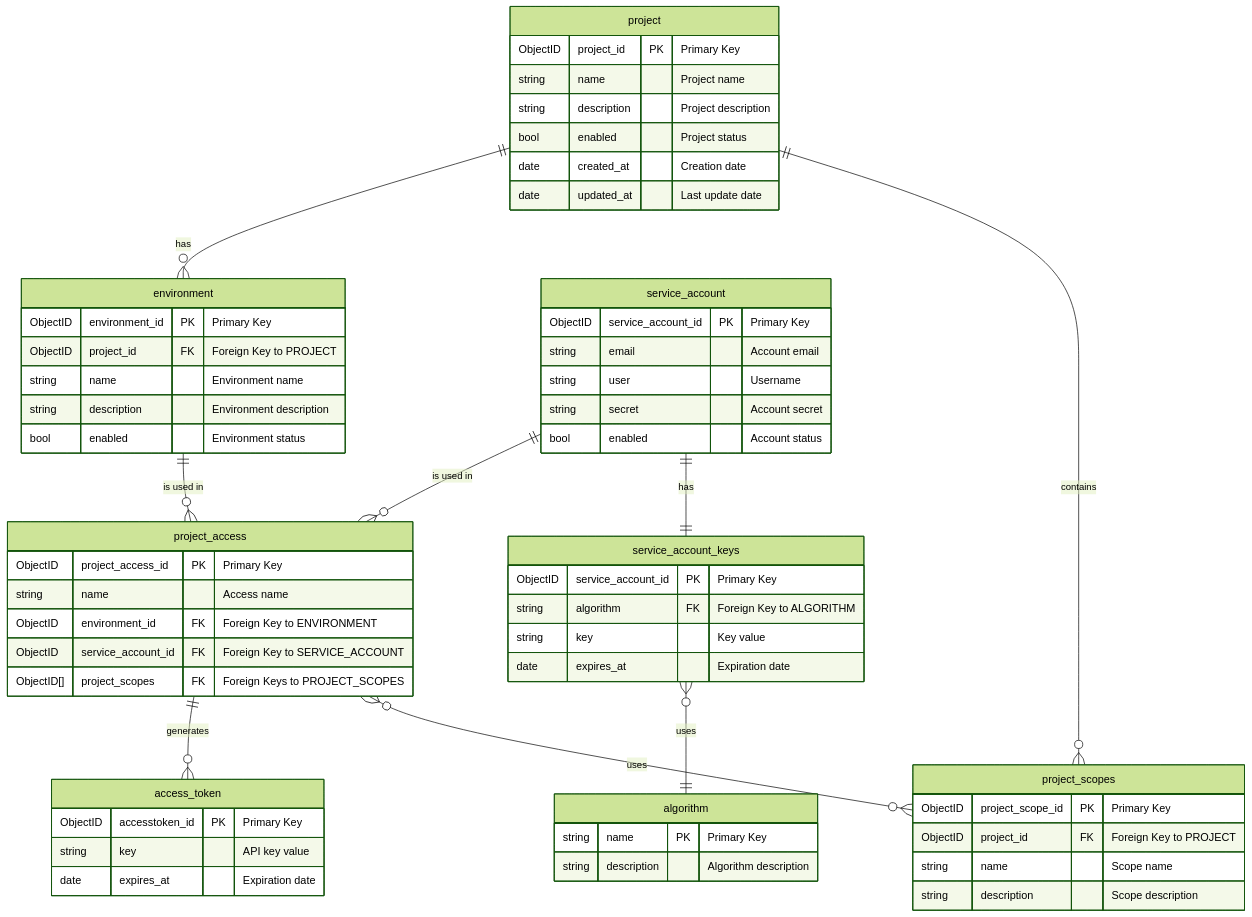
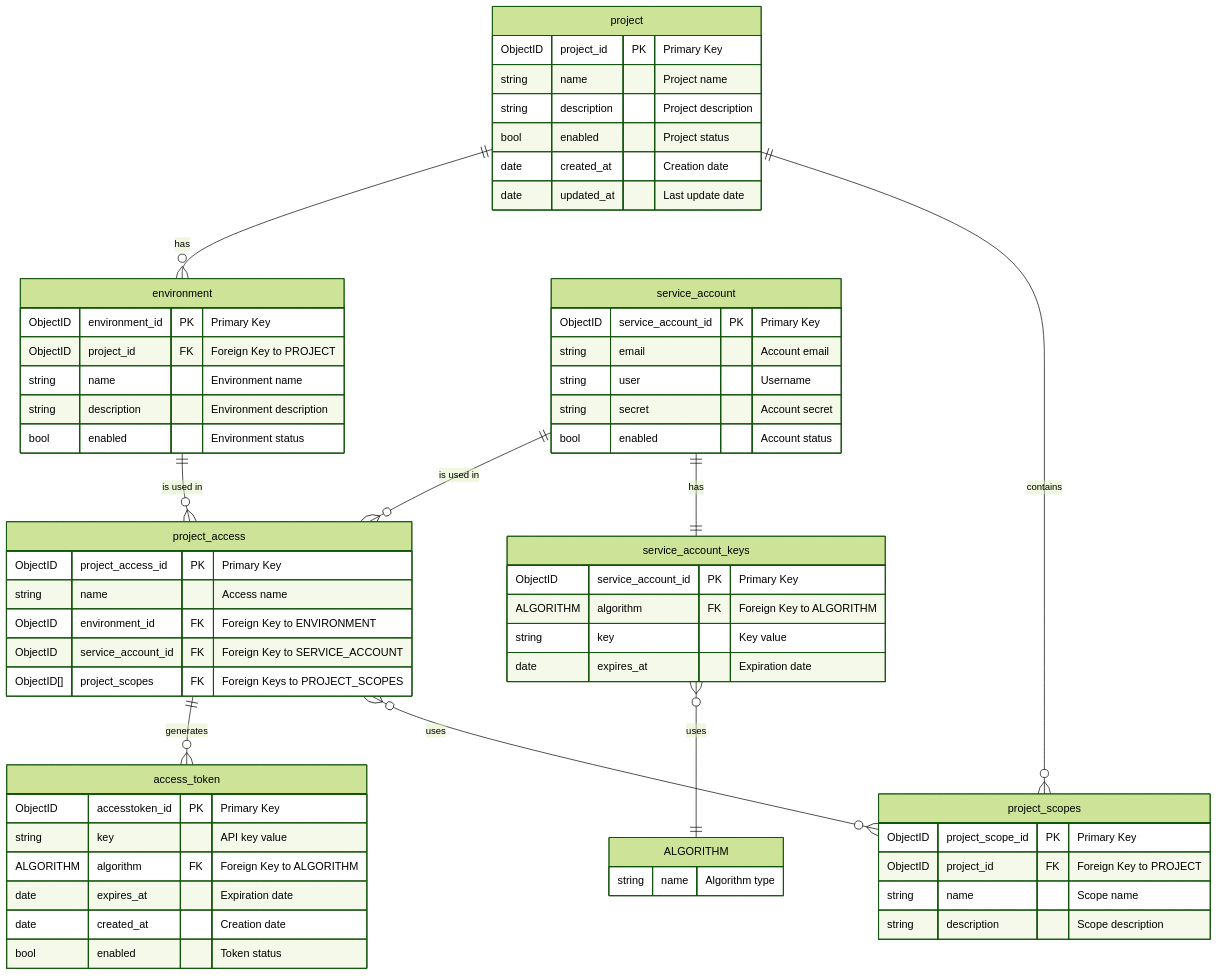
The diagram in docs/erd/erd.mmd (refactorartist/buraq), drawn with Mermaid (forest theme) before and after one commit. The commit also changed 1 other file, not shown here.

Commit message:
refactor: Update ERD diagram for consistency and clarity
This commit refines the entity-relationship diagram (ERD) by updating the naming conventions for the `ALGORITHM` entity and its references. It also adds new fields to the `access_token` and `service_account_keys` entities, enhancing the overall structure and clarity of the diagram. Additionally, the relationships between entities have been adjusted for better representation.

```diff
--- a/docs/erd/erd.mmd
+++ b/docs/erd/erd.mmd
@@ -1,67 +1,69 @@
 erDiagram
-    algorithm {
-        string name PK "Primary Key"
-        string description "Algorithm description"
+    ALGORITHM {
+        string name         "Algorithm type"
     }
 
     access_token {
-        ObjectID accesstoken_id PK "Primary Key"
-        string key "API key value"
-        date expires_at "Expiration date"
+        ObjectID accesstoken_id  PK "Primary Key"
+        string   key               "API key value"
+        ALGORITHM algorithm      FK "Foreign Key to ALGORITHM"
+        date     expires_at        "Expiration date"
+        date     created_at        "Creation date"
+        bool     enabled           "Token status"
     }
 
     environment {
-        ObjectID environment_id PK "Primary Key"
-        ObjectID project_id FK "Foreign Key to PROJECT"
-        string name "Environment name"
-        string description "Environment description"
-        bool enabled "Environment status"
+        ObjectID environment_id  PK "Primary Key"
+        ObjectID project_id     FK "Foreign Key to PROJECT"
+        string   name             "Environment name"
+        string   description      "Environment description"
+        bool     enabled          "Environment status"
     }
 
     project {
-        ObjectID project_id PK "Primary Key"
-        string name "Project name"
-        string description "Project description"
-        bool enabled "Project status"
-        date created_at "Creation date"
-        date updated_at "Last update date"
+        ObjectID project_id     PK "Primary Key"
+        string   name             "Project name"
+        string   description      "Project description"
+        bool     enabled          "Project status"
+        date     created_at       "Creation date"
+        date     updated_at       "Last update date"
     }
 
     project_access {
-        ObjectID project_access_id PK "Primary Key"
-        string name "Access name"
-        ObjectID environment_id FK "Foreign Key to ENVIRONMENT"
-        ObjectID service_account_id FK "Foreign Key to SERVICE_ACCOUNT"
-        ObjectID[] project_scopes FK "Foreign Keys to PROJECT_SCOPES"
+        ObjectID  project_access_id  PK "Primary Key"
+        string    name                "Access name"
+        ObjectID  environment_id    FK "Foreign Key to ENVIRONMENT"
+        ObjectID  service_account_id FK "Foreign Key to SERVICE_ACCOUNT"
+        ObjectID[] project_scopes   FK "Foreign Keys to PROJECT_SCOPES"
     }
 
     project_scopes {
-        ObjectID project_scope_id PK "Primary Key"
-        ObjectID project_id FK "Foreign Key to PROJECT"
-        string name "Scope name"
-        string description "Scope description"
+        ObjectID project_scope_id  PK "Primary Key"
+        ObjectID project_id       FK "Foreign Key to PROJECT"
+        string   name              "Scope name"
+        string   description       "Scope description"
     }
 
     service_account {
         ObjectID service_account_id PK "Primary Key"
-        string email "Account email"
-        string user "Username"
-        string secret "Account secret"
-        bool enabled "Account status"
+        string   email              "Account email"
+        string   user               "Username"
+        string   secret             "Account secret"
+        bool     enabled            "Account status"
     }
 
     service_account_keys {
-        ObjectID service_account_id PK "Primary Key"
-        string algorithm FK "Foreign Key to ALGORITHM"
-        string key "Key value"
-        date expires_at "Expiration date"
+        ObjectID  service_account_id PK "Primary Key"
+        ALGORITHM algorithm        FK "Foreign Key to ALGORITHM"
+        string    key                "Key value"
+        date      expires_at         "Expiration date"
     }
 
     project ||--o{ environment : "has"
     project ||--o{ project_scopes : "contains"
     service_account ||--o{ project_access : "is used in"
     service_account ||--|| service_account_keys : "has"
     environment ||--o{ project_access : "is used in"
     project_access ||--o{ access_token : "generates"
     project_access }o--o{ project_scopes : "uses"
-    service_account_keys }o--|| algorithm : "uses"
+    service_account_keys }o--|| ALGORITHM : "uses"
```
